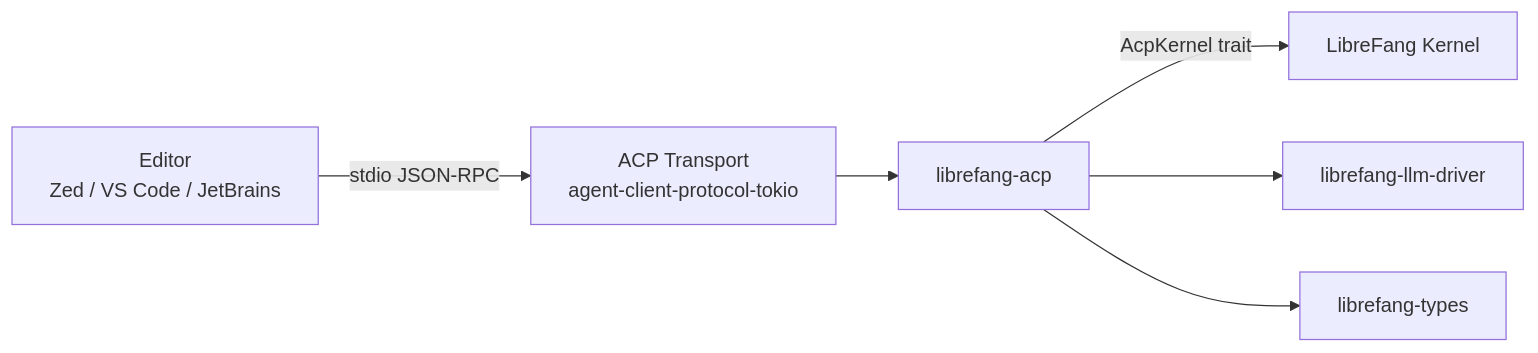
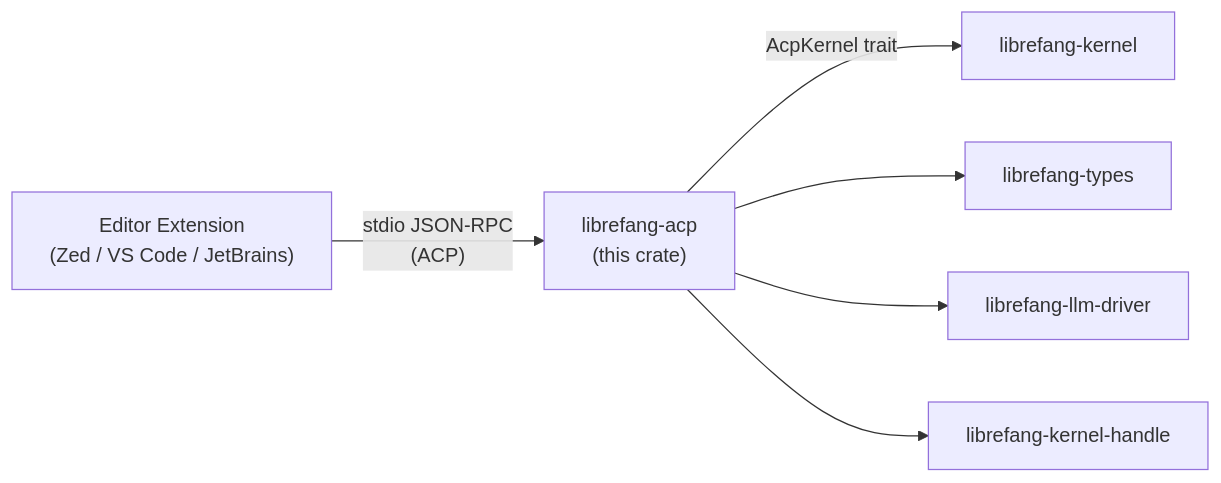
The diagram in other-librefang-acp.md (leszek3737/librefang-WIki), drawn with Mermaid before and after one commit. The commit also changed other lines of this file and 119 other files, not shown here.

````diff
--- a/other-librefang-acp.md
+++ b/other-librefang-acp.md
@@ -15,8 +15,15 @@
 ```mermaid
 graph LR
-    Editor[Editor<br/>Zed / VS Code / JetBrains] -->|stdio JSON-RPC| AcpServer[ACP Transport<br/>agent-client-protocol-tokio]
-    AcpServer --> AcpAdapter[librefang-acp]
-    AcpAdapter -->|AcpKernel trait| Kernel[LibreFang Kernel]
-    AcpAdapter --> LLM[librefang-llm-driver]
-    AcpAdapter --> Types[librefang-types]
+    Editor["Editor Extension<br/>(Zed / VS Code / JetBrains)"]
+    ACP["librefang-acp<br/>(this crate)"]
+    Kernel["librefang-kernel"]
+    Types["librefang-types"]
+    LLM["librefang-llm-driver"]
+    Handle["librefang-kernel-handle"]
+
+    Editor -->|"stdio JSON-RPC<br/>(ACP)"| ACP
+    ACP -->|"AcpKernel trait"| Kernel
+    ACP --> Types
+    ACP --> LLM
+    ACP --> Handle
 ```
````
